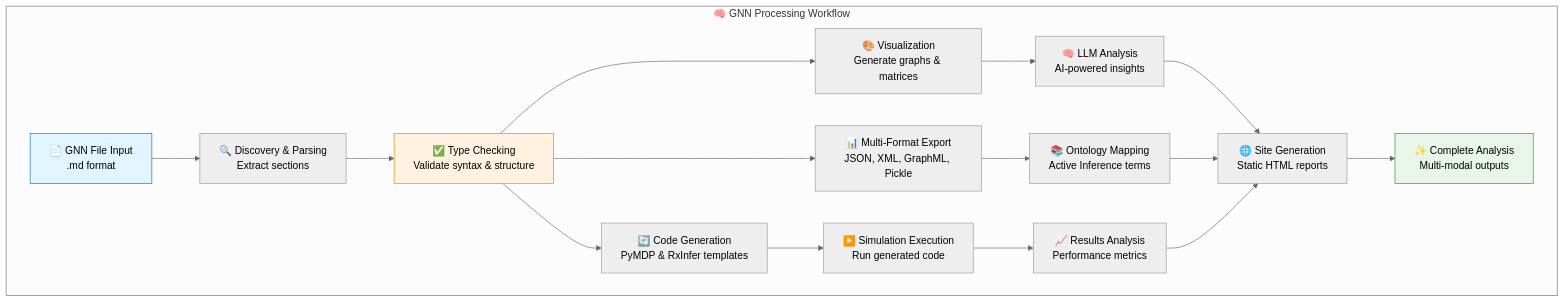
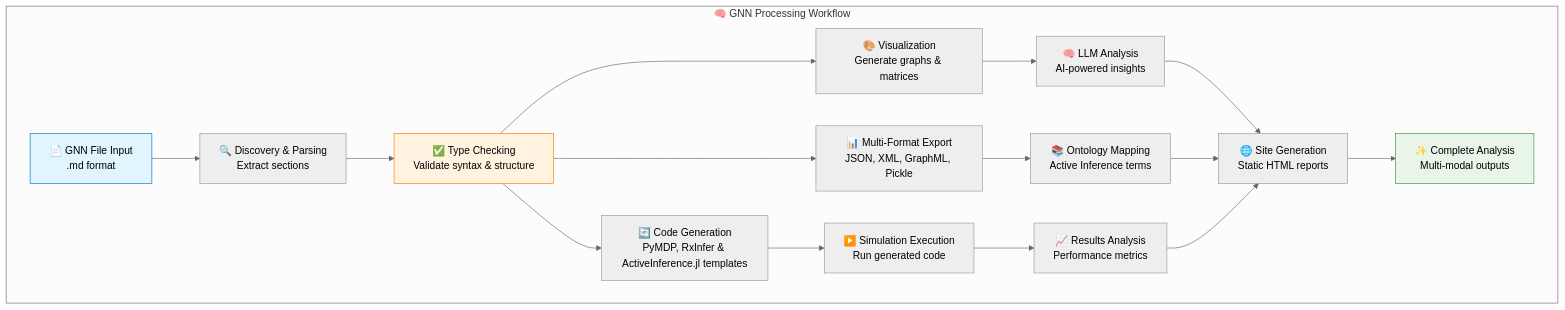
One commit to ActiveInferenceInstitute/GeneralizedNotationNotation changed the fourth of 4 diagrams in README.md. Above: the diagram before and after it, drawn with Mermaid (neutral theme). The commit also changed other lines of this file and 84 other files, not shown here.

````diff
--- a/README.md
+++ b/README.md
@@ -286,27 +286,27 @@
 ```mermaid
 flowchart TD
     subgraph "🧠 GNN Processing Workflow"
         A["📄 GNN File Input<br/>.md format"] --> B["🔍 Discovery & Parsing<br/>Extract sections"]
         B --> C["✅ Type Checking<br/>Validate syntax & structure"]
         C --> D["📊 Multi-Format Export<br/>JSON, XML, GraphML, Pickle"]
         
         C --> E["🎨 Visualization<br/>Generate graphs & matrices"]
-        C --> F["🔄 Code Generation<br/>PyMDP & RxInfer templates"]
+        C --> F["🔄 Code Generation<br/>PyMDP, RxInfer & ActiveInference.jl templates"]
         
         F --> G["▶️ Simulation Execution<br/>Run generated code"]
         E --> H["🧠 LLM Analysis<br/>AI-powered insights"]
         
         D --> I["📚 Ontology Mapping<br/>Active Inference terms"]
         G --> J["📈 Results Analysis<br/>Performance metrics"]
         H --> K["🌐 Site Generation<br/>Static HTML reports"]
         
         I --> K
         J --> K
         
         K --> L["✨ Complete Analysis<br/>Multi-modal outputs"]
     end
     
     style A fill:#e1f5fe,stroke:#0277bd
     style C fill:#fff3e0,stroke:#f57c00
     style L fill:#e8f5e8,stroke:#388e3c
 ```
````
